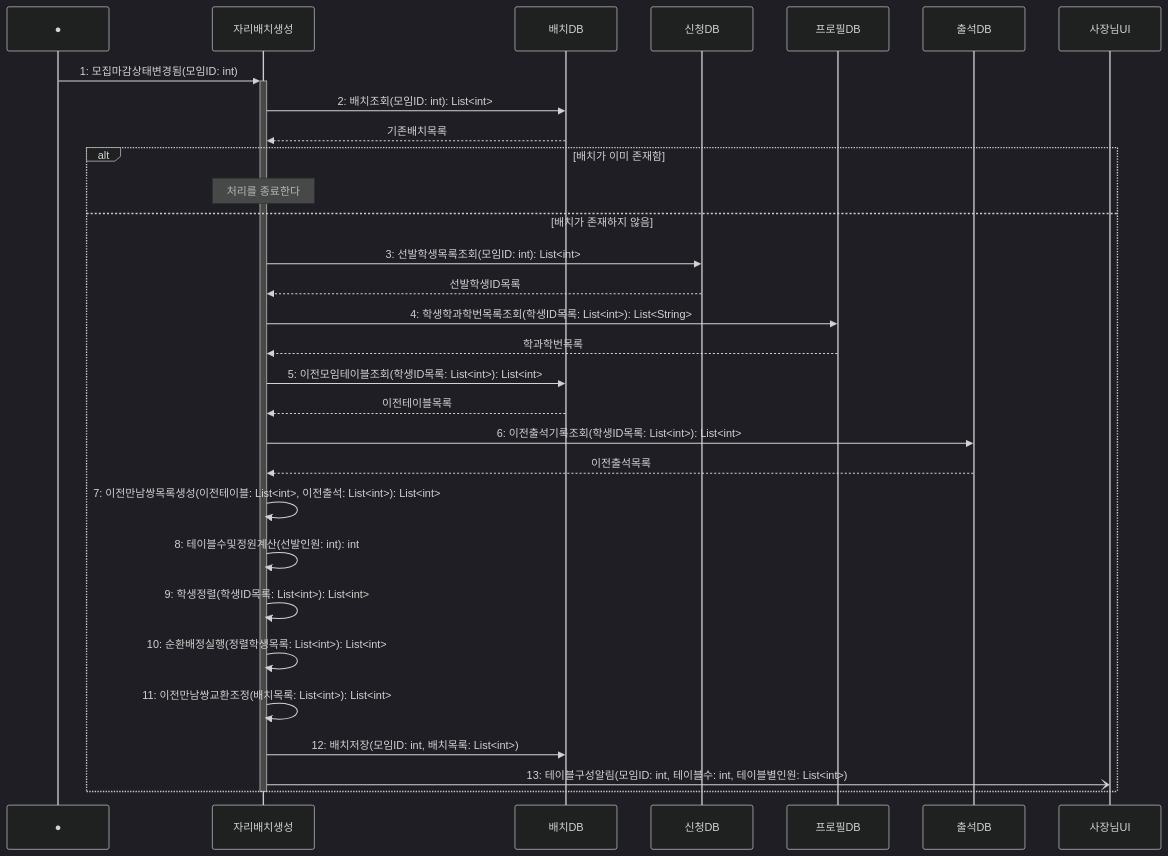
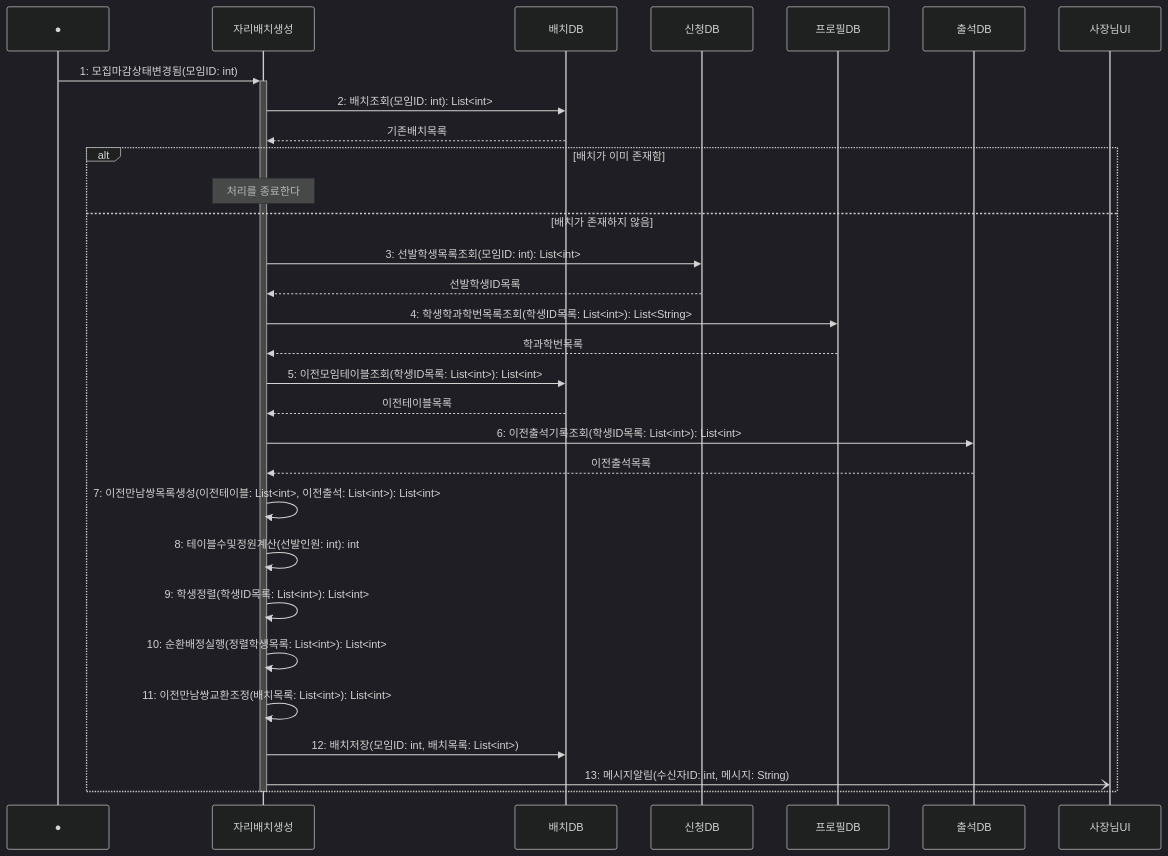
The diagram in sequence/seq-04-2.md (hojae3/sw-engineering-16), drawn with Mermaid (dark theme) before and after one commit. The commit also changed other lines of this file and 19 other files, not shown here.

````diff
--- a/sequence/seq-04-2.md
+++ b/sequence/seq-04-2.md
@@ -25,35 +25,35 @@
 ```mermaid
 sequenceDiagram
     participant Found as ●
     participant 배치 as 자리배치생성
     participant 배치DB as 배치DB
     participant 신청DB as 신청DB
     participant 프로필DB as 프로필DB
     participant 출석DB as 출석DB
     participant 사장님UI as 사장님UI
 
     Found->>+배치: 1: 모집마감상태변경됨(모임ID: int)
     배치->>배치DB: 2: 배치조회(모임ID: int): List<int>
     배치DB-->>배치: 기존배치목록
 
     alt 배치가 이미 존재함
         Note over 배치: 처리를 종료한다
     else 배치가 존재하지 않음
         배치->>신청DB: 3: 선발학생목록조회(모임ID: int): List<int>
         신청DB-->>배치: 선발학생ID목록
         배치->>프로필DB: 4: 학생학과학번목록조회(학생ID목록: List<int>): List<String>
         프로필DB-->>배치: 학과학번목록
         배치->>배치DB: 5: 이전모임테이블조회(학생ID목록: List<int>): List<int>
         배치DB-->>배치: 이전테이블목록
         배치->>출석DB: 6: 이전출석기록조회(학생ID목록: List<int>): List<int>
         출석DB-->>배치: 이전출석목록
         배치->>배치: 7: 이전만남쌍목록생성(이전테이블: List<int>, 이전출석: List<int>): List<int>
         배치->>배치: 8: 테이블수및정원계산(선발인원: int): int
         배치->>배치: 9: 학생정렬(학생ID목록: List<int>): List<int>
         배치->>배치: 10: 순환배정실행(정렬학생목록: List<int>): List<int>
         배치->>배치: 11: 이전만남쌍교환조정(배치목록: List<int>): List<int>
         배치->>배치DB: 12: 배치저장(모임ID: int, 배치목록: List<int>)
-        배치-)사장님UI: 13: 테이블구성알림(모임ID: int, 테이블수: int, 테이블별인원: List<int>)
+        배치-)사장님UI: 13: 메시지알림(수신자ID: int, 메시지: String)
     end
     deactivate 배치
 ```
````
